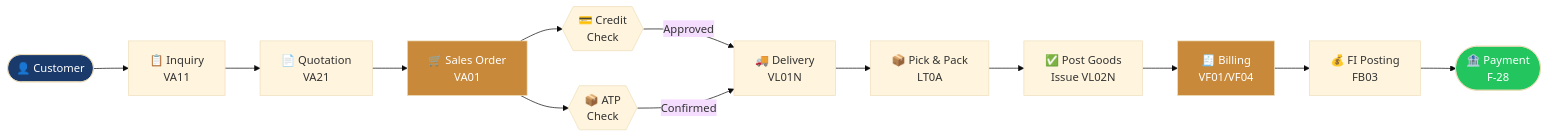
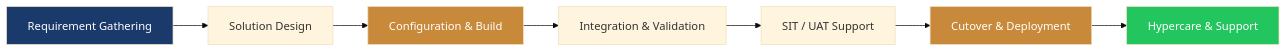
One commit to prashanth-sap-sd/prashanth-sap-sd changed the first of 3 diagrams in README.md. Above: the diagram before and after it, drawn with Mermaid (base theme). The commit also changed other lines of this file, not shown here.

````diff
--- a/README.md
+++ b/README.md
@@ -117,23 +98,14 @@
 ```mermaid
 flowchart LR
-    A(["👤 Customer"]) --> B["📋 Inquiry\nVA11"]
-    B --> C["📄 Quotation\nVA21"]
-    C --> D["🛒 Sales Order\nVA01"]
-
-    D --> E{{"💳 Credit\nCheck"}}
-    D --> F{{"📦 ATP\nCheck"}}
-
-    E -->|Approved| G["🚚 Delivery\nVL01N"]
-    F -->|Confirmed| G
-
-    G --> H["📦 Pick & Pack\nLT0A"]
-    H --> I["✅ Post Goods\nIssue VL02N"]
-    I --> J["🧾 Billing\nVF01/VF04"]
-    J --> K["💰 FI Posting\nFB03"]
-    K --> L(["🏦 Payment\nF-28"])
+    A["Requirement Gathering"] --> B["Solution Design"]
+    B --> C["Configuration & Build"]
+    C --> D["Integration & Validation"]
+    D --> E["SIT / UAT Support"]
+    E --> F["Cutover & Deployment"]
+    F --> G["Hypercare & Support"]
 
     style A fill:#1a3a6b,color:#fff
-    style L fill:#22c55e,color:#fff
-    style D fill:#c8893a,color:#fff
-    style J fill:#c8893a,color:#fff
+    style G fill:#22c55e,color:#fff
+    style C fill:#c8893a,color:#fff
+    style F fill:#c8893a,color:#fff
 ```
````
